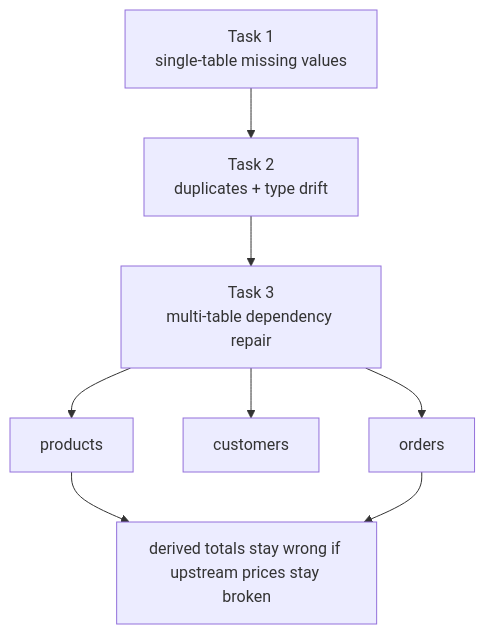
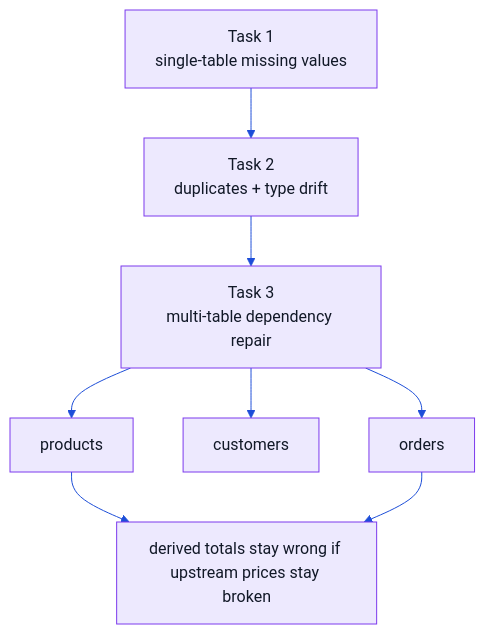
Before and after one commit to SahilKumar75/mario-the-plumber: the second of 2 diagrams in README.md, drawn with Mermaid. The commit also changed other lines of this file, not shown here.

````diff
--- a/README.md
+++ b/README.md
@@ -33,10 +34,11 @@
 ```mermaid
+%%{init: {'theme': 'base', 'themeVariables': { 'primaryColor': '#ede9fe', 'primaryTextColor': '#111827', 'primaryBorderColor': '#7c3aed', 'lineColor': '#1d4ed8', 'secondaryColor': '#dbeafe', 'tertiaryColor': '#dcfce7'}}}%%
 flowchart TD
     T1["Task 1<br/>single-table missing values"] --> T2["Task 2<br/>duplicates + type drift"]
     T2 --> T3["Task 3<br/>multi-table dependency repair"]
     T3 --> O["orders"]
     T3 --> C["customers"]
     T3 --> P["products"]
     P --> X["derived totals stay wrong if upstream prices stay broken"]
     O --> X
 ```
````
